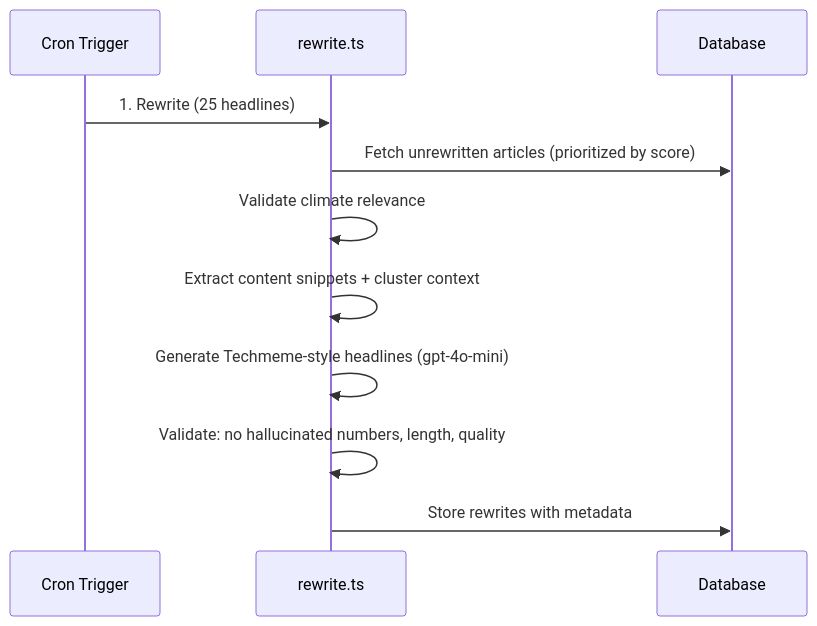
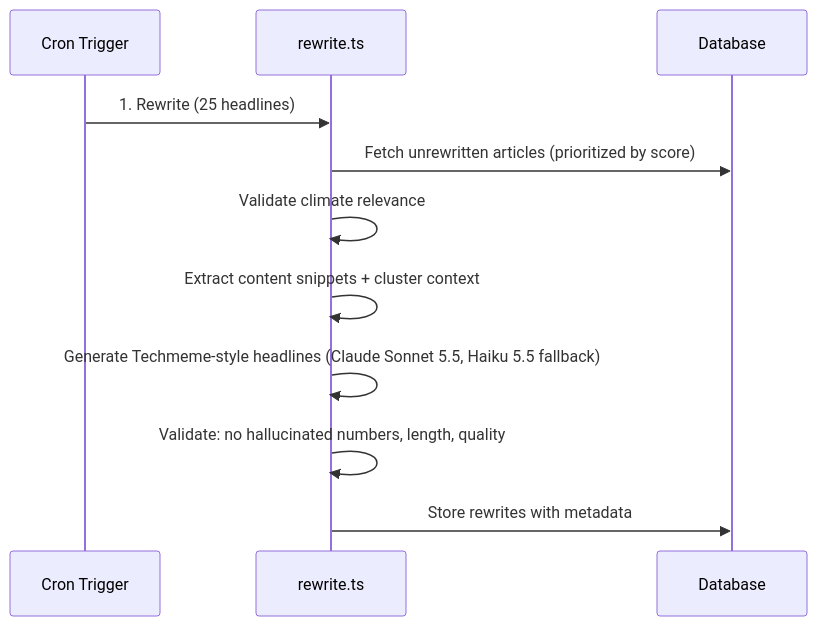
One commit to dwahbe/climate-river changed the fifth of 9 diagrams in README.md. Above: the diagram before and after it, drawn with Mermaid. The commit also changed other lines of this file and 40 other files, not shown here.

````diff
--- a/README.md
+++ b/README.md
@@ -207,14 +207,14 @@
 ```mermaid
 sequenceDiagram
     participant C as Cron Trigger
     participant RW as rewrite.ts
     participant DB as Database
 
     C->>RW: 1. Rewrite (25 headlines)
     RW->>DB: Fetch unrewritten articles (prioritized by score)
     RW->>RW: Validate climate relevance
     RW->>RW: Extract content snippets + cluster context
-    RW->>RW: Generate Techmeme-style headlines (gpt-4o-mini)
+    RW->>RW: Generate Techmeme-style headlines (Claude Sonnet 5.5, Haiku 5.5 fallback)
     RW->>RW: Validate: no hallucinated numbers, length, quality
     RW->>DB: Store rewrites with metadata
 ```
````
